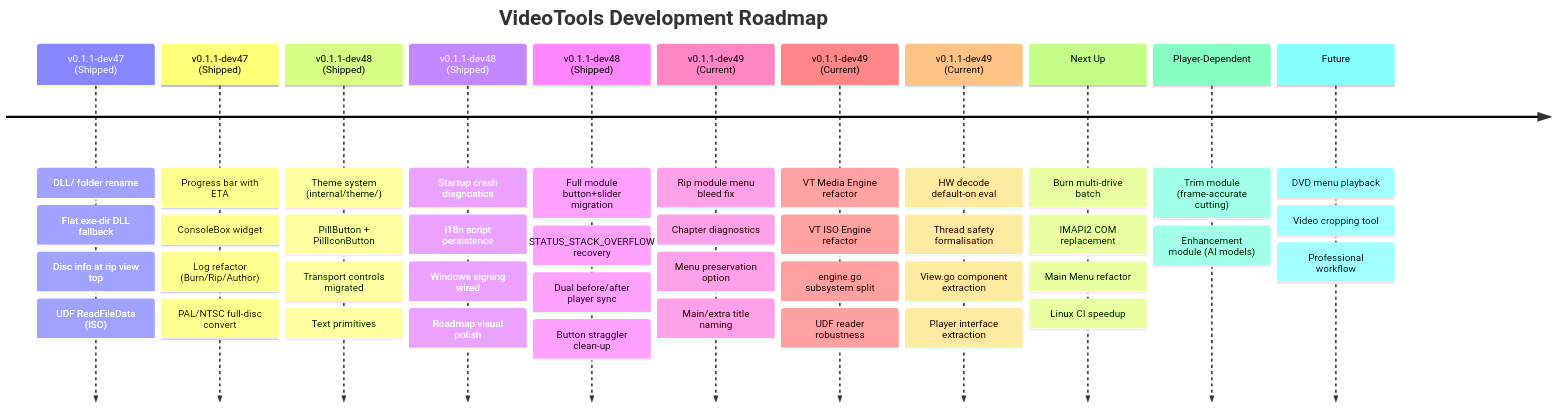
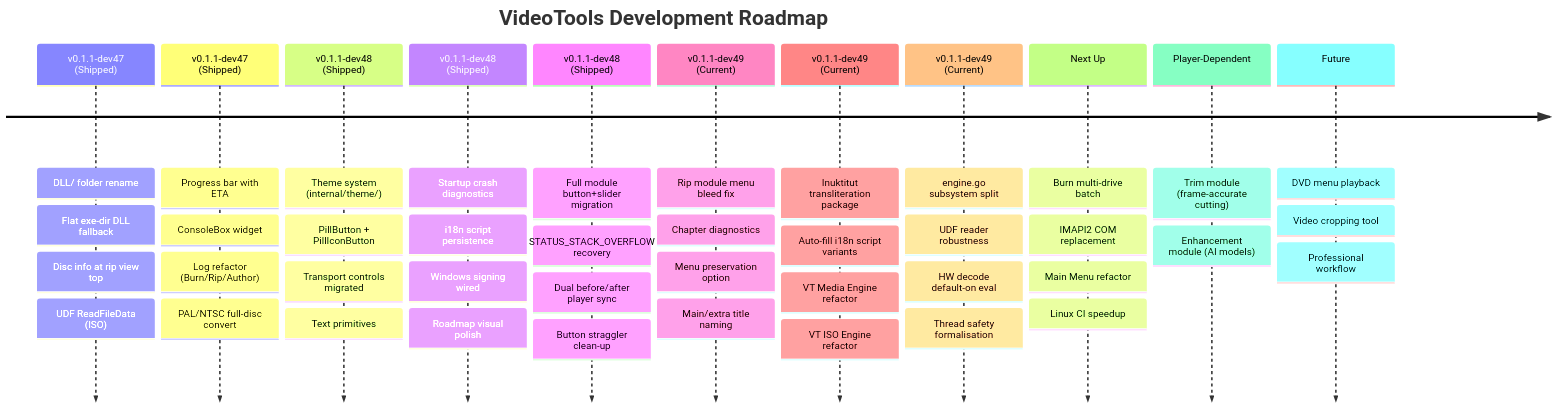
Before and after one commit to LeakTechnologies/VideoTools: the diagram in docs/ROADMAP.md, drawn with Mermaid. The commit also changed other lines of this file and 11 other files, not shown here.

````diff
--- a/docs/ROADMAP.md
+++ b/docs/ROADMAP.md
@@ -7,15 +7,15 @@
 ```mermaid
 timeline
     title VideoTools Development Roadmap
     v0.1.1-dev47 (Shipped) : DLL/ folder rename : Flat exe-dir DLL fallback : Disc info at rip view top : UDF ReadFileData (ISO)
     v0.1.1-dev47 (Shipped) : Progress bar with ETA : ConsoleBox widget : Log refactor (Burn/Rip/Author) : PAL/NTSC full-disc convert
     v0.1.1-dev48 (Shipped) : Theme system (internal/theme/) : PillButton + PillIconButton : Transport controls migrated : Text primitives
     v0.1.1-dev48 (Shipped) : Startup crash diagnostics : i18n script persistence : Windows signing wired : Roadmap visual polish
     v0.1.1-dev48 (Shipped) : Full module button+slider migration : STATUS_STACK_OVERFLOW recovery : Dual before/after player sync : Button straggler clean-up
     v0.1.1-dev49 (Current) : Rip module menu bleed fix : Chapter diagnostics : Menu preservation option : Main/extra title naming
-    v0.1.1-dev49 (Current) : VT Media Engine refactor : VT ISO Engine refactor : engine.go subsystem split : UDF reader robustness
-    v0.1.1-dev49 (Current) : HW decode default-on eval : Thread safety formalisation : View.go component extraction : Player interface extraction
+    v0.1.1-dev49 (Current) : Inuktitut transliteration package : Auto-fill i18n script variants : VT Media Engine refactor : VT ISO Engine refactor
+    v0.1.1-dev49 (Current) : engine.go subsystem split : UDF reader robustness : HW decode default-on eval : Thread safety formalisation
     Next Up : Burn multi-drive batch : IMAPI2 COM replacement : Main Menu refactor : Linux CI speedup
     Player-Dependent : Trim module (frame-accurate cutting) : Enhancement module (AI models)
     Future : DVD menu playback : Video cropping tool : Professional workflow
 ```
````
